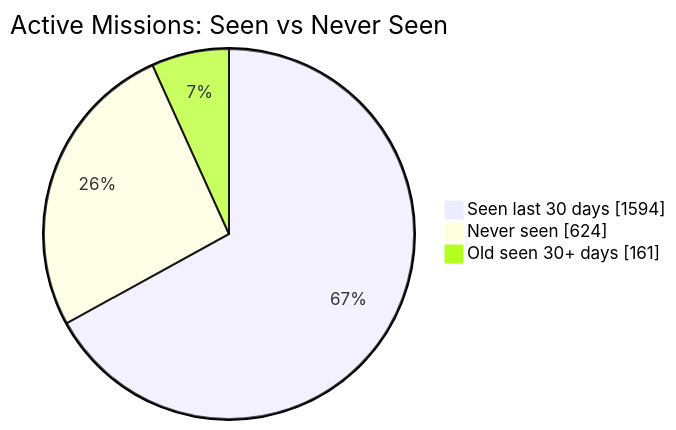
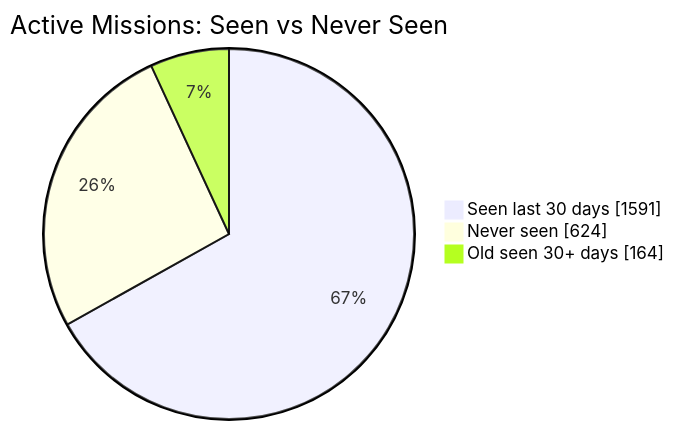
Before and after one commit to MeldkamerspelGameTeam/active-missions: the first of 2 diagrams in README.md, drawn with Mermaid. The commit also changed other lines of this file and 3 other files, not shown here.

````diff
--- a/README.md
+++ b/README.md
@@ -34,7 +34,7 @@
 ```mermaid
 pie showData
     title Active Missions: Seen vs Never Seen
-    "Seen last 30 days" : 1594
+    "Seen last 30 days" : 1591
     "Never seen" : 624
-    "Old seen 30+ days" : 161
+    "Old seen 30+ days" : 164
 ```
````
